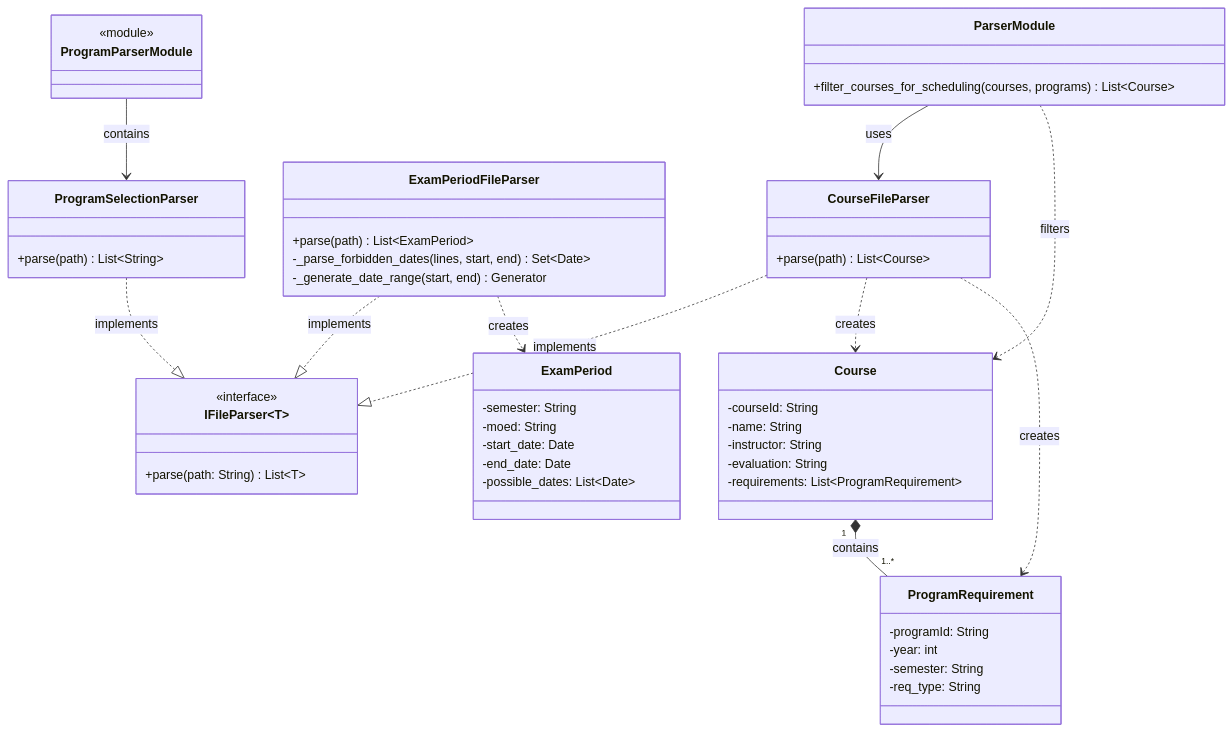
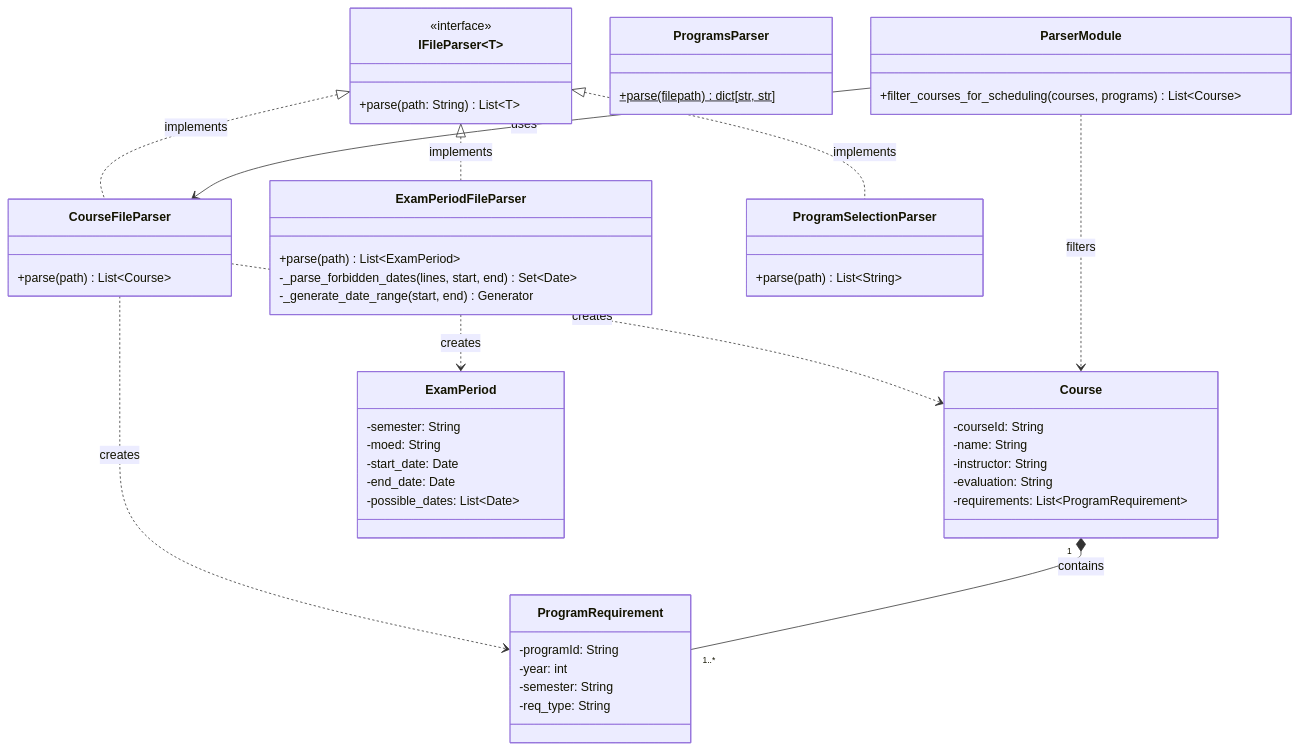
Before and after one commit to Project-SE-year-2/Project-SE-year-2: the diagram in docs/UML/raw files/ParsersDiagram.md, drawn with Mermaid. The commit also changed other lines of this file and 15 other files, not shown here.

Commit message:
Add multi-process, input/ output screen diagrams; update all UMLs to match main

````diff
--- a/docs/UML/raw files/ParsersDiagram.md
+++ b/docs/UML/raw files/ParsersDiagram.md
@@ -5,74 +5,72 @@
 ```mermaid
 classDiagram
     direction TB
 
     %% ===== Interface =====
     class IFileParser~T~ {
         <<interface>>
         +parse(path: String) List~T~
     }
 
     %% ===== Parser Classes =====
     class CourseFileParser {
         +parse(path) List~Course~
     }
 
     class ExamPeriodFileParser {
         +parse(path) List~ExamPeriod~
         -_parse_forbidden_dates(lines, start, end) Set~Date~
         -_generate_date_range(start, end) Generator
     }
 
     class ProgramSelectionParser {
         +parse(path) List~String~
     }
 
-    class ProgramParserModule {
-        <<module>>
+    class ProgramsParser {
+        +parse(filepath)$ dict[str, str]
     }
 
     %% ===== Module-Level Function =====
     class ParserModule {
         +filter_courses_for_scheduling(courses, programs) List~Course~
     }
 
     %% ===== Domain Objects Created =====
     class Course {
         -courseId: String
         -name: String
         -instructor: String
         -evaluation: String
         -requirements: List~ProgramRequirement~
     }
 
     class ProgramRequirement {
         -programId: String
         -year: int
         -semester: String
         -req_type: String
     }
 
     class ExamPeriod {
         -semester: String
         -moed: String
         -start_date: Date
         -end_date: Date
         -possible_dates: List~Date~
     }
 
     %% ===== Relationships =====
-    CourseFileParser ..|> IFileParser : implements
-    ExamPeriodFileParser ..|> IFileParser : implements
-    ProgramSelectionParser ..|> IFileParser : implements
+    IFileParser <|.. CourseFileParser : implements
+    IFileParser <|.. ExamPeriodFileParser : implements
+    IFileParser <|.. ProgramSelectionParser : implements
 
     CourseFileParser ..> Course : creates
     CourseFileParser ..> ProgramRequirement : creates
     ExamPeriodFileParser ..> ExamPeriod : creates
-
-    ProgramParserModule --> ProgramSelectionParser : contains
 
     ParserModule --> CourseFileParser : uses
     ParserModule ..> Course : filters
 
     Course "1" *-- "1..*" ProgramRequirement : contains
 ```
````
